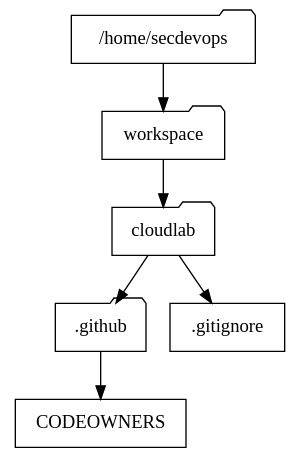
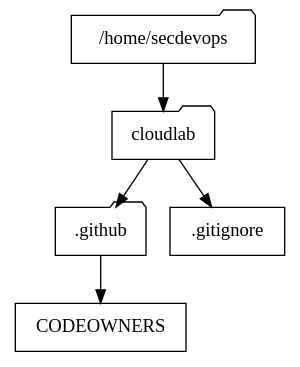
The second of 2 diagrams in docs/_source/revision.rst (hotpeppersec/cloudlab), drawn with Graphviz before and after one commit. The commit also changed other lines of this file and 4 other files, not shown here.

```diff
--- a/docs/_source/revision.rst
+++ b/docs/_source/revision.rst
@@ -202,17 +303,15 @@
 .. graphviz::
    :caption: Project Directory
    :align: center
 
    digraph folders {
       "/home/secdevops" [shape=folder];
-      "workspace" [shape=folder];
       "cloudlab" [shape=folder];
       ".github" [shape=folder];
       "CODEOWNERS" [shape=rectangle];
       ".gitignore" [shape=rectangle];
-      "/home/secdevops" -> "workspace";
-      "workspace" -> "cloudlab";
+      "/home/secdevops" -> "cloudlab";
       "cloudlab" -> ".github";
       ".github" -> "CODEOWNERS";
       "cloudlab" -> ".gitignore";
    }
```
